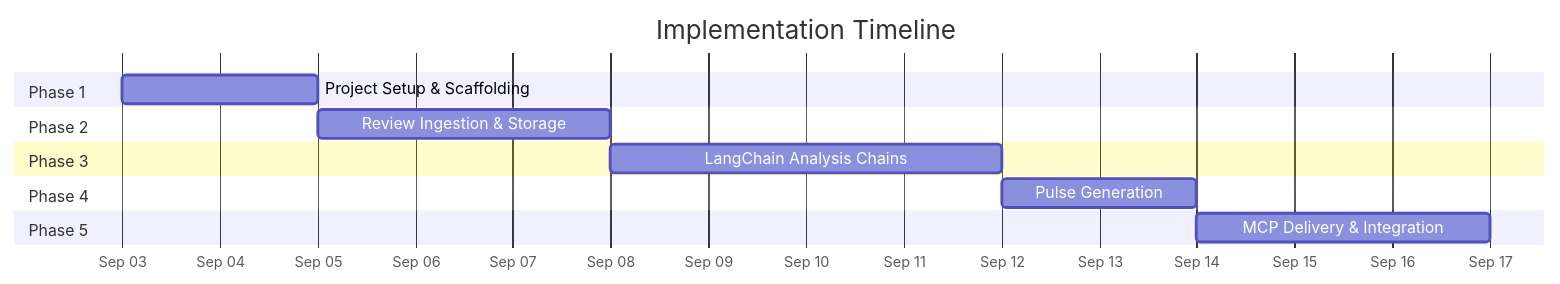
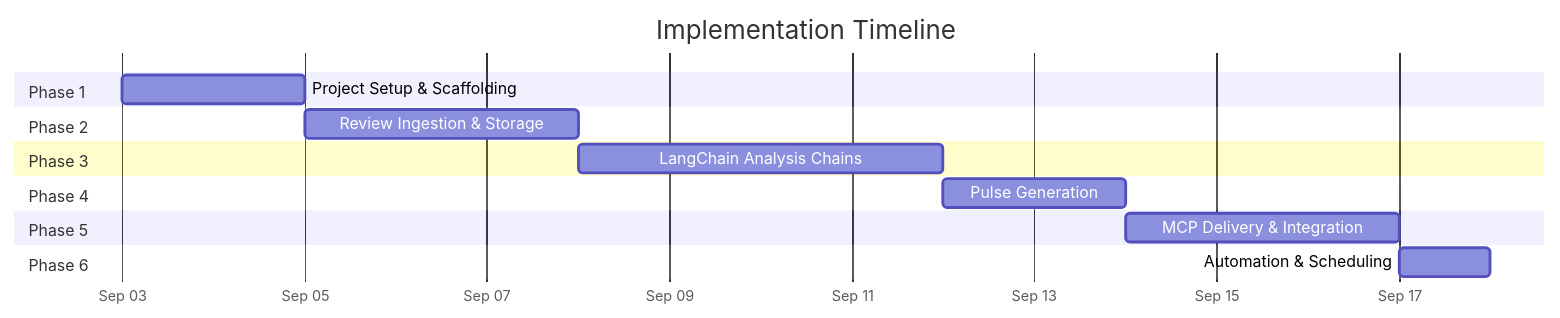
The first of 6 diagrams in Docs/implementation-plan.md (n21jindal-maker/Groww-Reviews), drawn with Mermaid before and after one commit. The commit also changed other lines of this file and 24 other files, not shown here.

````diff
--- a/Docs/implementation-plan.md
+++ b/Docs/implementation-plan.md
@@ -7,21 +7,24 @@
 ```mermaid
 gantt
     title Implementation Timeline
     dateFormat  YYYY-MM-DD
     axisFormat  %b %d
 
     section Phase 1
     Project Setup & Scaffolding        :p1, 2026-09-03, 2d
 
     section Phase 2
     Review Ingestion & Storage         :p2, after p1, 3d
 
     section Phase 3
     LangChain Analysis Chains          :p3, after p2, 4d
 
     section Phase 4
     Pulse Generation                   :p4, after p3, 2d
 
     section Phase 5
     MCP Delivery & Integration         :p5, after p4, 3d
+
+    section Phase 6
+    Automation & Scheduling            :p6, after p5, 1d
 ```
````
